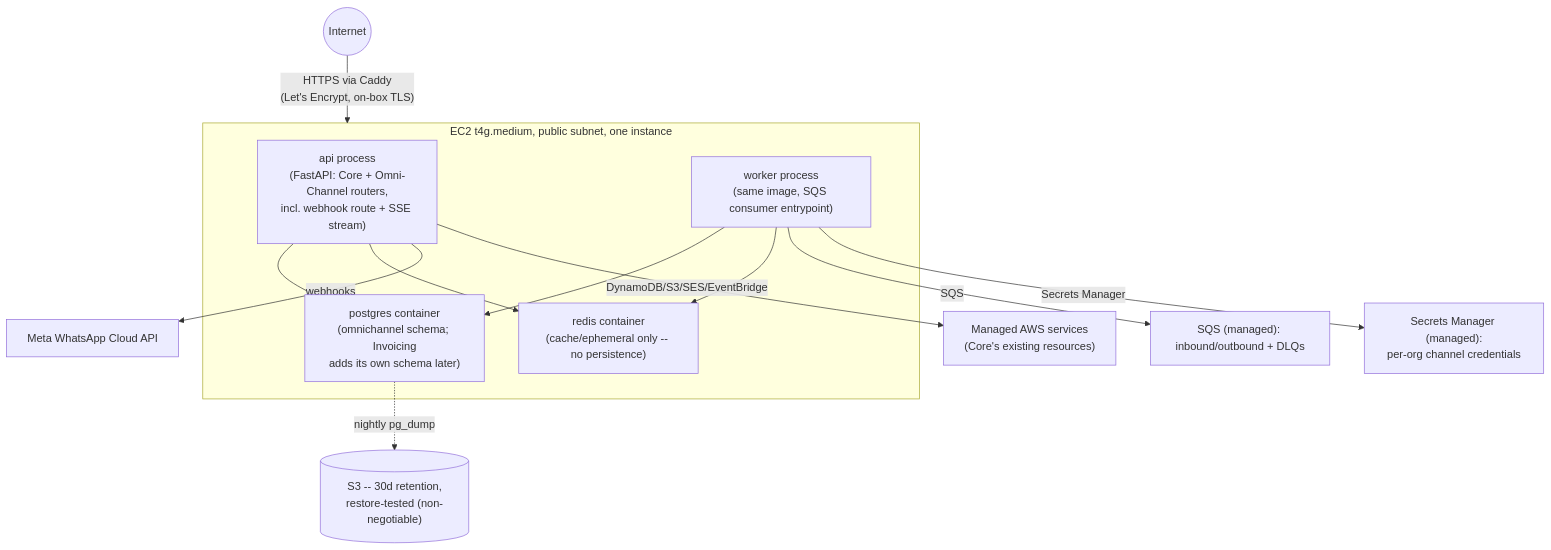
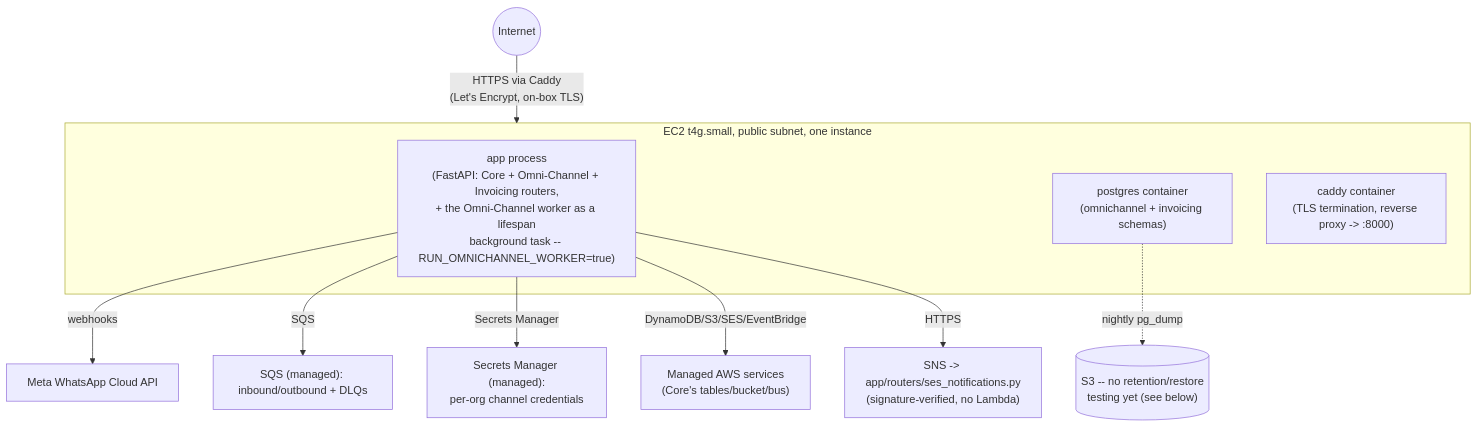
Before and after one commit to RafaelOjeda/A2Z-Core: the diagram in docs/architecture/deployment.md, drawn with Mermaid. The commit also changed other lines of this file and 32 other files, not shown here.

````diff
--- a/docs/architecture/deployment.md
+++ b/docs/architecture/deployment.md
@@ -62,19 +18,15 @@
 ```mermaid
 flowchart TB
     Internet(("Internet")) -->|"HTTPS via Caddy\n(Let's Encrypt, on-box TLS)"| EC2
-    subgraph EC2["EC2 t4g.medium, public subnet, one instance"]
-        API["api process\n(FastAPI: Core + Omni-Channel routers,\nincl. webhook route + SSE stream)"]
-        Worker["worker process\n(same image, SQS consumer entrypoint)"]
-        PGC["postgres container\n(omnichannel schema; Invoicing\nadds its own schema later)"]
-        RedisC["redis container\n(cache/ephemeral only -- no persistence)"]
+    subgraph EC2["EC2 t4g.small, public subnet, one instance"]
+        API["app process\n(FastAPI: Core + Omni-Channel + Invoicing routers,\n+ the Omni-Channel worker as a lifespan\nbackground task -- RUN_OMNICHANNEL_WORKER=true)"]
+        PGC["postgres container\n(omnichannel + invoicing schemas)"]
+        Caddy["caddy container\n(TLS termination, reverse proxy -> :8000)"]
     end
-    API --> PGC
-    Worker --> PGC
-    API --> RedisC
-    Worker --> RedisC
     API -->|"webhooks"| Meta["Meta WhatsApp Cloud API"]
-    Worker -->|"SQS"| SQSMgd["SQS (managed): inbound/outbound + DLQs"]
-    Worker -->|"Secrets Manager"| SM["Secrets Manager (managed):\nper-org channel credentials"]
-    API -->|"DynamoDB/S3/SES/EventBridge"| Managed["Managed AWS services\n(Core's existing resources)"]
-    PGC -.->|"nightly pg_dump"| S3Backup[("S3 -- 30d retention,\nrestore-tested (non-negotiable)")]
+    API -->|"SQS"| SQSMgd["SQS (managed): inbound/outbound + DLQs"]
+    API -->|"Secrets Manager"| SM["Secrets Manager (managed):\nper-org channel credentials"]
+    API -->|"DynamoDB/S3/SES/EventBridge"| Managed["Managed AWS services\n(Core's tables/bucket/bus)"]
+    API -->|"HTTPS"| SNSNotif["SNS -> app/routers/ses_notifications.py\n(signature-verified, no Lambda)"]
+    PGC -.->|"nightly pg_dump"| S3Backup[("S3 -- no retention/restore\ntesting yet (see below)")]
 ```
````
